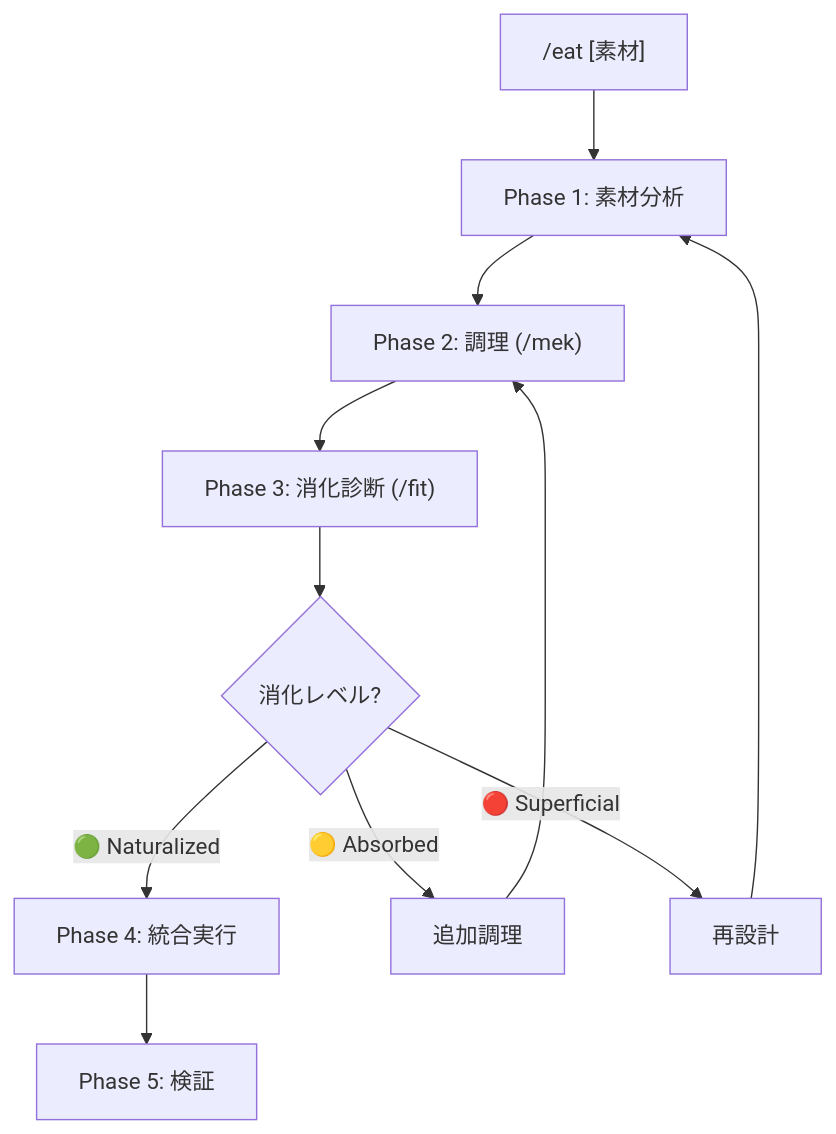
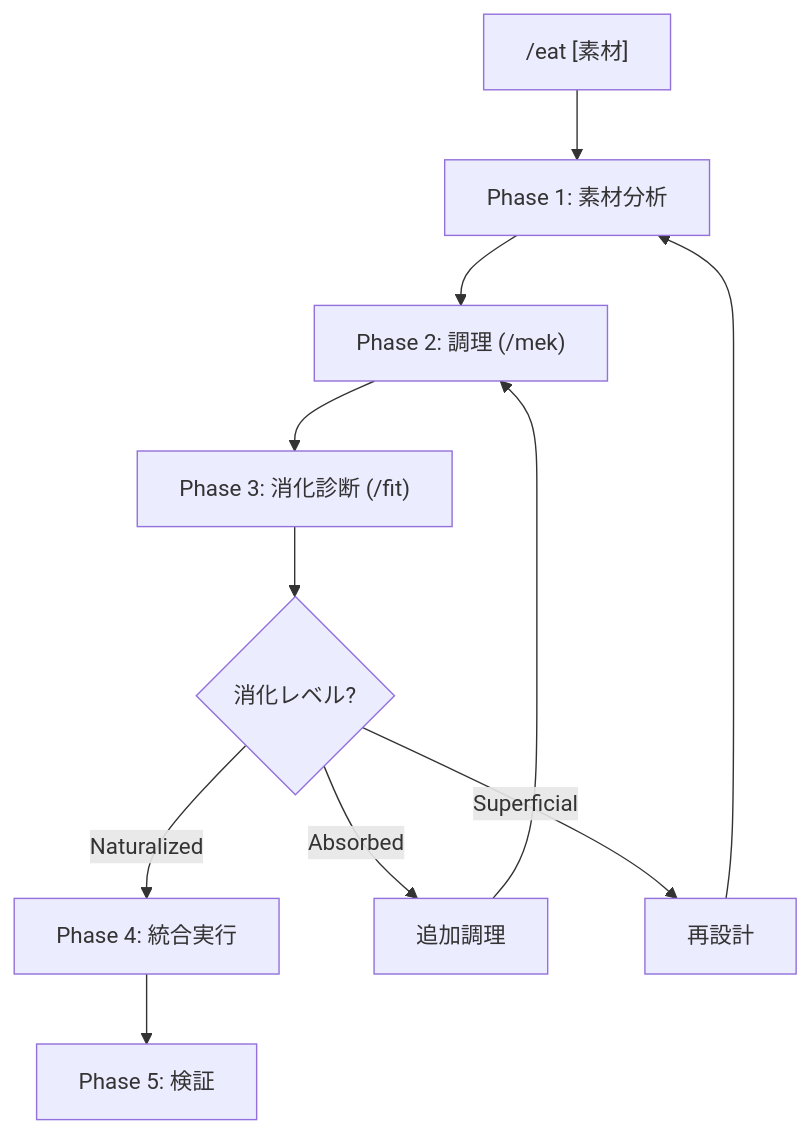
The diagram in .agent/workflows/eat.md (laihuip001/hegemonikon), drawn with Mermaid before and after one commit. The commit also changed other lines of this file and 18 other files, not shown here.

````diff
--- a/.agent/workflows/eat.md
+++ b/.agent/workflows/eat.md
@@ -75,13 +70,13 @@
 ```mermaid
 graph TD
     A["/eat [素材]"] --> B["Phase 1: 素材分析"]
     B --> C["Phase 2: 調理 (/mek)"]
     C --> D["Phase 3: 消化診断 (/fit)"]
     D --> E{消化レベル?}
-    E -->|🟢 Naturalized| F["Phase 4: 統合実行"]
-    E -->|🟡 Absorbed| G["追加調理"]
+    E -->|Naturalized| F["Phase 4: 統合実行"]
+    E -->|Absorbed| G["追加調理"]
     G --> C
-    E -->|🔴 Superficial| H["再設計"]
+    E -->|Superficial| H["再設計"]
     H --> B
     F --> I["Phase 5: 検証"]
 ```
````
